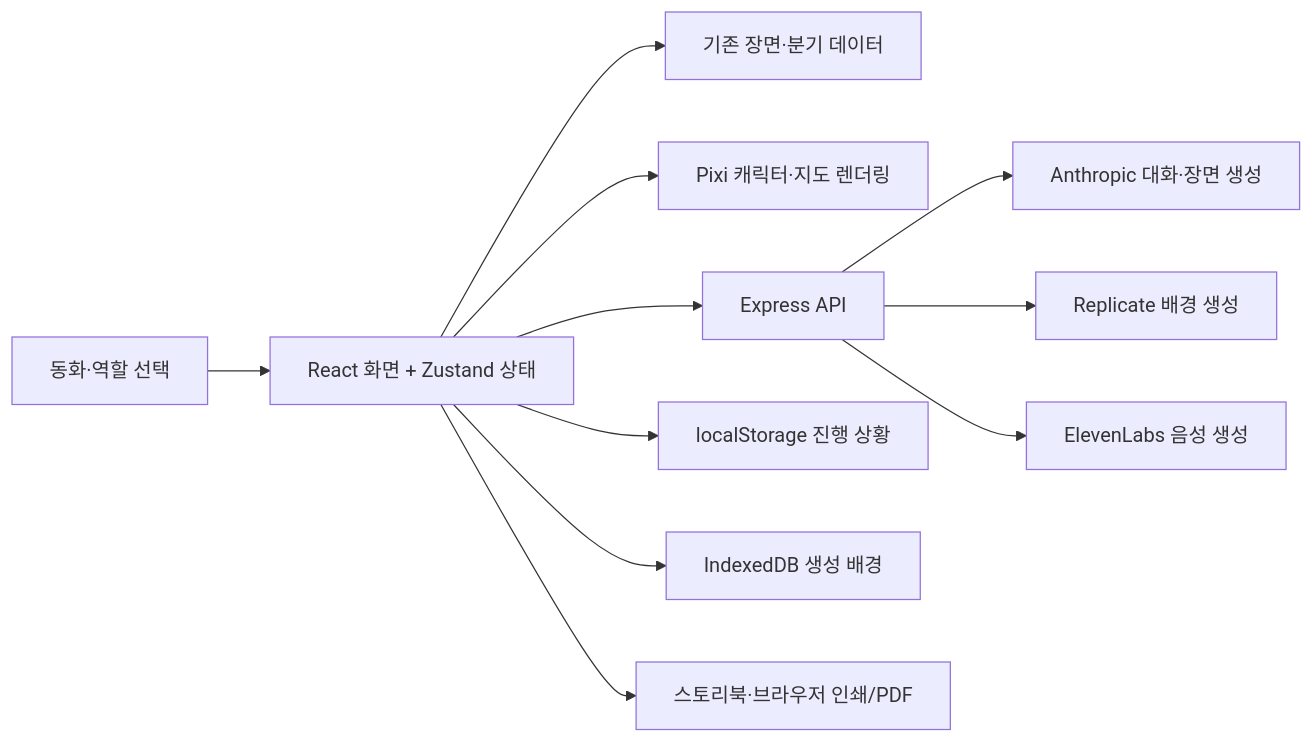
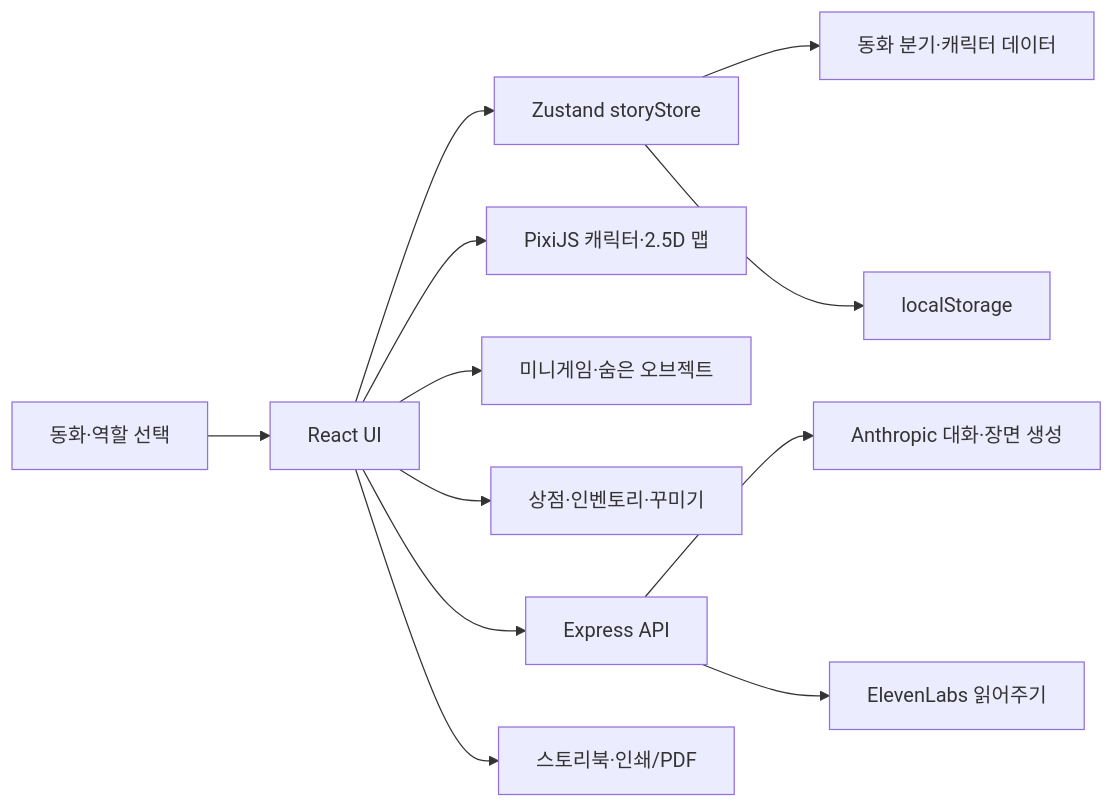
Before and after one commit to seungyeon59/once-upon-a-play: the diagram in PIPELINE.md, drawn with Mermaid. The commit also changed other lines of this file and 2 other files, not shown here.

````diff
--- a/PIPELINE.md
+++ b/PIPELINE.md
@@ -7,13 +15,14 @@
 ```mermaid
 flowchart LR
-    A[동화·역할 선택] --> B[React 화면 + Zustand 상태]
-    B --> C[기존 장면·분기 데이터]
-    B --> D[Pixi 캐릭터·지도 렌더링]
-    B --> E[Express API]
-    E --> F[Anthropic 대화·장면 생성]
-    E --> G[Replicate 배경 생성]
-    E --> H[ElevenLabs 음성 생성]
-    B --> I[localStorage 진행 상황]
-    B --> J[IndexedDB 생성 배경]
-    B --> K[스토리북·브라우저 인쇄/PDF]
+    A[동화·역할 선택] --> B[React UI]
+    B --> C[Zustand storyStore]
+    C --> D[동화 분기·캐릭터 데이터]
+    B --> E[PixiJS 캐릭터·2.5D 맵]
+    B --> F[미니게임·숨은 오브젝트]
+    B --> G[상점·인벤토리·꾸미기]
+    B --> H[Express API]
+    H --> I[Anthropic 대화·장면 생성]
+    H --> J[ElevenLabs 읽어주기]
+    C --> K[localStorage]
+    B --> L[스토리북·인쇄/PDF]
 ```
````
